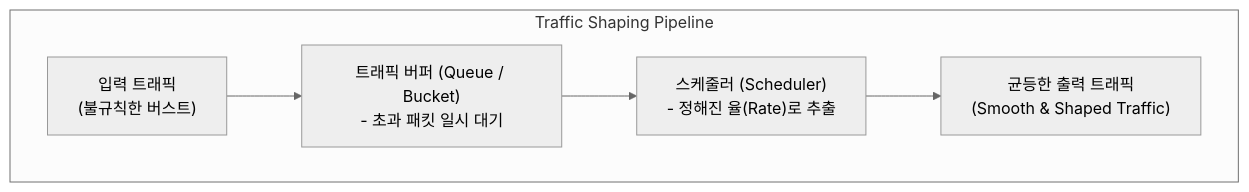
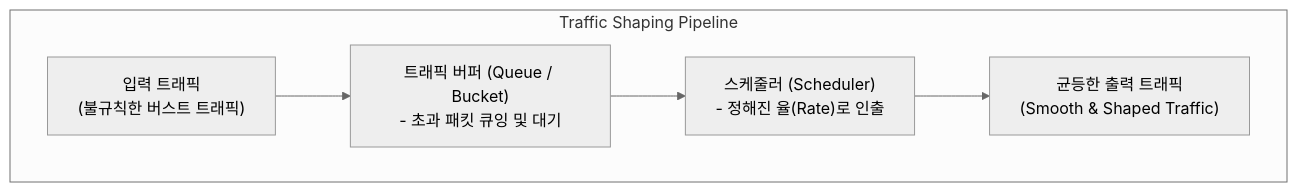
One commit to supremethumb/supremethumb.github.io changed the diagram in content/01_IT Tech/Traffic Shaping (트래픽 쉐이핑).md. Above: the diagram before and after it, drawn with Mermaid (neutral theme). The commit also changed other lines of this file and 362 other files, not shown here.

````diff
--- a/content/01_IT Tech/Traffic Shaping (트래픽 쉐이핑).md
+++ b/content/01_IT Tech/Traffic Shaping (트래픽 쉐이핑).md
@@ -25,10 +31,9 @@
 ```mermaid
 flowchart TB
     subgraph Shaping["Traffic Shaping Pipeline"]
         direction LR
-        IN["입력 트래픽<br/>(불규칙한 버스트)"] --> BUF["트래픽 버퍼 (Queue / Bucket)<br/>- 초과 패킷 일시 대기"]
-        BUF --> SCH["스케줄러 (Scheduler)<br/>- 정해진 율(Rate)로 추출"]
+        IN["입력 트래픽<br/>(불규칙한 버스트 트래픽)"] --> BUF["트래픽 버퍼 (Queue / Bucket)<br/>- 초과 패킷 큐잉 및 대기"]
+        BUF --> SCH["스케줄러 (Scheduler)<br/>- 정해진 율(Rate)로 인출"]
         SCH --> OUT["균등한 출력 트래픽<br/>(Smooth & Shaped Traffic)"]
     end
-
 ```
````
